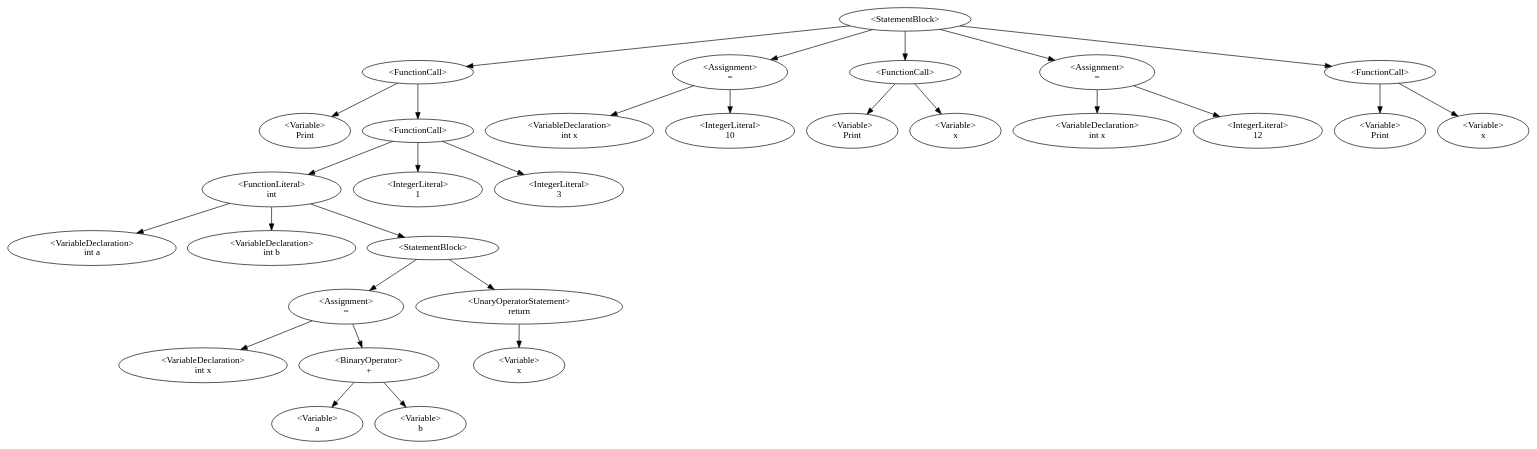
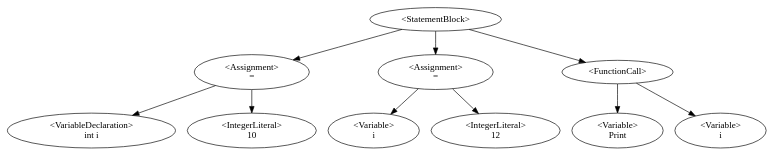
Before and after one commit to QazmoQwerty/dino: the diagram in Dino/Dino/AstDisplay.gv, drawn with Graphviz. The commit also changed 3 other files, not shown here.

Commit message:
cleaned up implementation of interpretVariableDeclaration()

```diff
--- a/Dino/Dino/AstDisplay.gv
+++ b/Dino/Dino/AstDisplay.gv
@@ -1,32 +1,12 @@
 digraph G {
-0 [label="<StatementBlock>"];0->2;0->19;0->22;0->25;0->28;
-2 [label="<FunctionCall>\n"];2->1;2->15;
-1 [label="<Variable>\nPrint"];
-15 [label="<FunctionCall>\n"];15->6;15->16;15->17;
-6 [label="<FunctionLiteral>
-int"];6->3;6->5;6->7;
-3 [label="<VariableDeclaration>\nint a"];
-5 [label="<VariableDeclaration>\nint b"];
-7 [label="<StatementBlock>"];7->9;7->13;
-9 [label="<Assignment>\n="];9->8;9->11;
-8 [label="<VariableDeclaration>\nint x"];
-11 [label="<BinaryOperator>\n+"];11->10;11->12;
-10 [label="<Variable>\na"];
-12 [label="<Variable>\nb"];
-13 [label="<UnaryOperatorStatement>\nreturn"];13->14;
-14 [label="<Variable>\nx"];
-16 [label="<IntegerLiteral>\n1"];
-17 [label="<IntegerLiteral>\n3"];
-19 [label="<Assignment>\n="];19->18;19->20;
-18 [label="<VariableDeclaration>\nint x"];
-20 [label="<IntegerLiteral>\n10"];
-22 [label="<FunctionCall>\n"];22->21;22->23;
-21 [label="<Variable>\nPrint"];
-23 [label="<Variable>\nx"];
-25 [label="<Assignment>\n="];25->24;25->26;
-24 [label="<VariableDeclaration>\nint x"];
-26 [label="<IntegerLiteral>\n12"];
-28 [label="<FunctionCall>\n"];28->27;28->29;
-27 [label="<Variable>\nPrint"];
-29 [label="<Variable>\nx"];
+0 [label="<StatementBlock>"];0->2;0->5;0->8;
+2 [label="<Assignment>\n="];2->1;2->3;
+1 [label="<VariableDeclaration>\nint i"];
+3 [label="<IntegerLiteral>\n10"];
+5 [label="<Assignment>\n="];5->4;5->6;
+4 [label="<Variable>\ni"];
+6 [label="<IntegerLiteral>\n12"];
+8 [label="<FunctionCall>\n"];8->7;8->9;
+7 [label="<Variable>\nPrint"];
+9 [label="<Variable>\ni"];
 }
```
